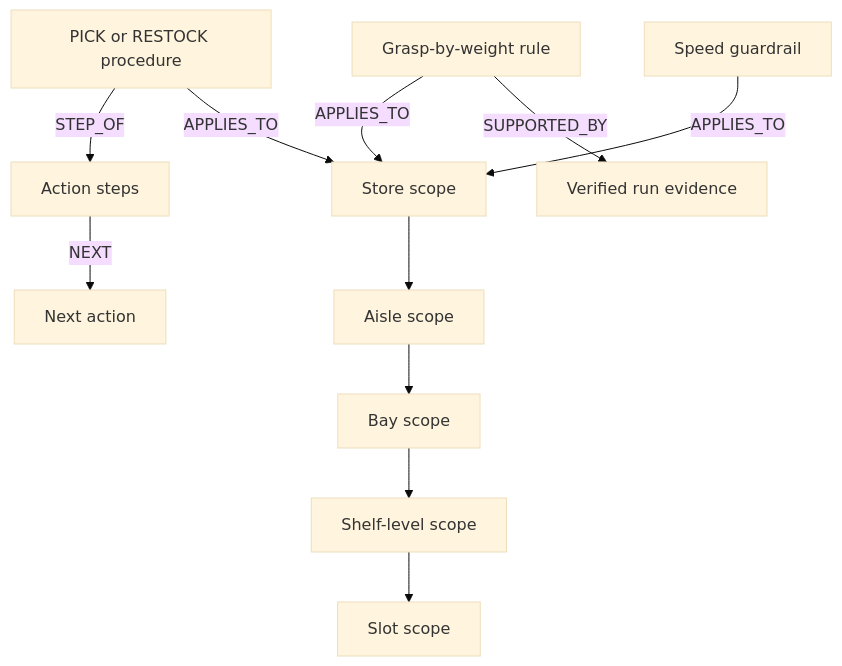
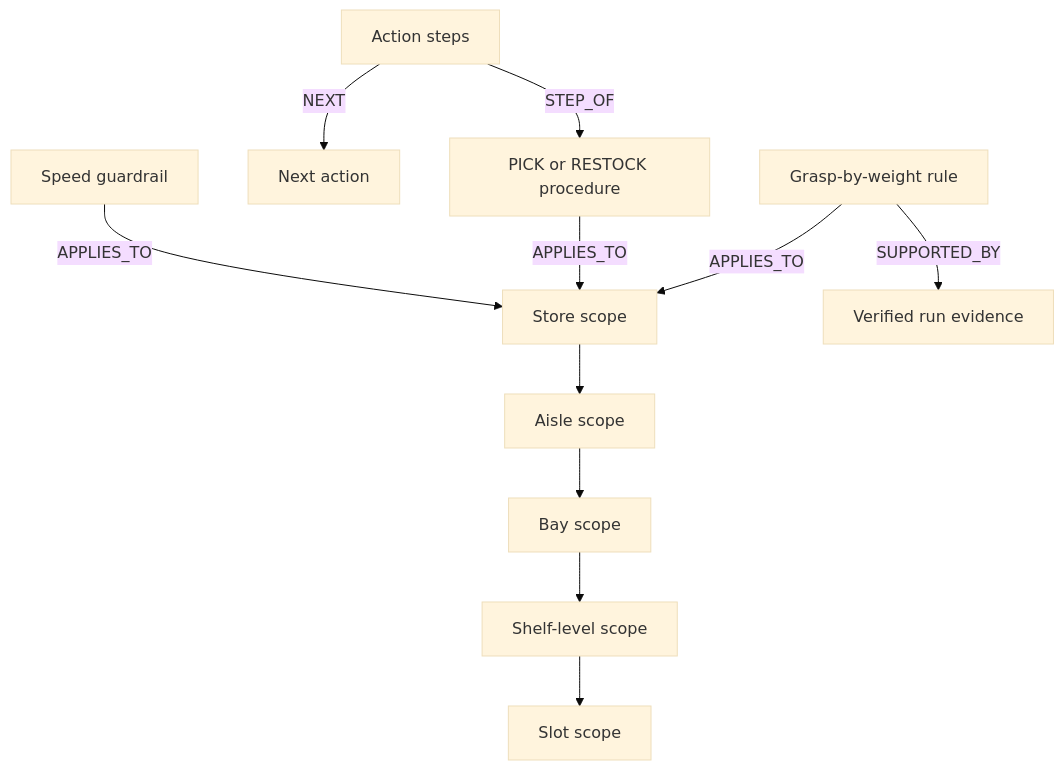
One commit to ShashwatM3/AutoRoboHarness changed the second of 4 diagrams in README.md. Above: the diagram before and after it, drawn with Mermaid (base theme).

Commit message:
Clarify procedure edge direction in the pipeline documentation

````diff
--- a/README.md
+++ b/README.md
@@ -82,13 +82,14 @@
 ```mermaid
 flowchart TD
     Store[Store scope] --> Aisle[Aisle scope]
     Aisle --> Bay[Bay scope]
     Bay --> Level[Shelf-level scope]
     Level --> Slot[Slot scope]
-    Procedure[PICK or RESTOCK procedure] -->|STEP_OF| Step[Action steps]
+    Procedure[PICK or RESTOCK procedure]
+    Step[Action steps] -->|STEP_OF| Procedure
     Step -->|NEXT| Next[Next action]
     Rule[Grasp-by-weight rule] -->|APPLIES_TO| Store
     Procedure -->|APPLIES_TO| Store
     Guardrail[Speed guardrail] -->|APPLIES_TO| Store
     Rule -->|SUPPORTED_BY| Evidence[Verified run evidence]
 ```
````
